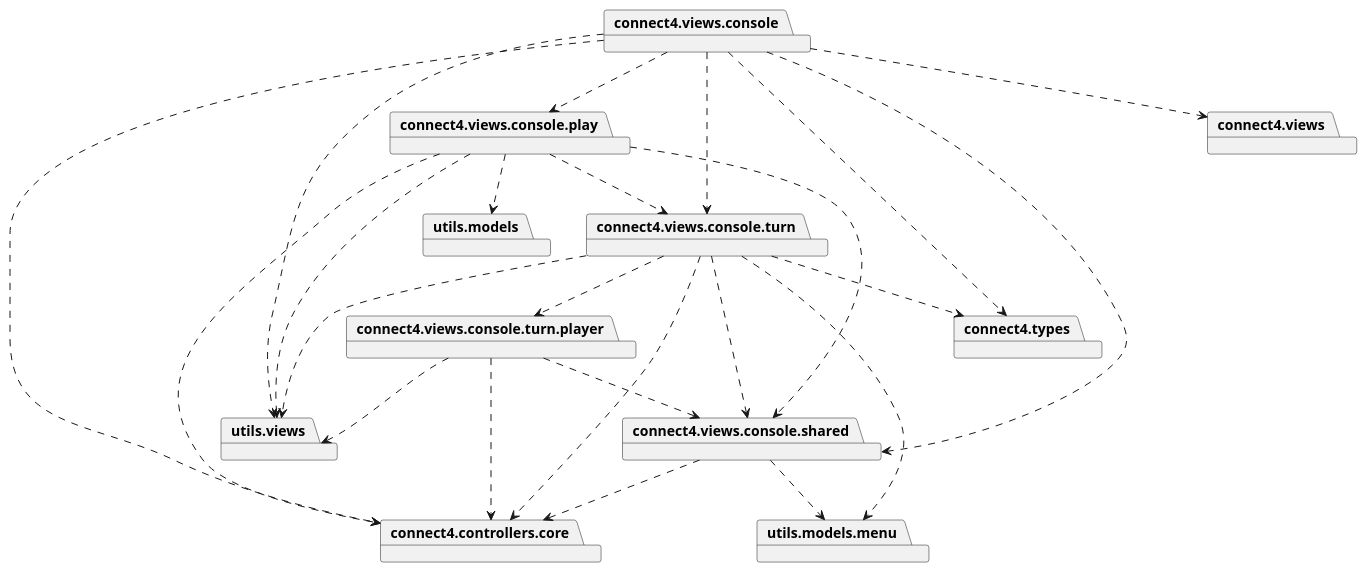
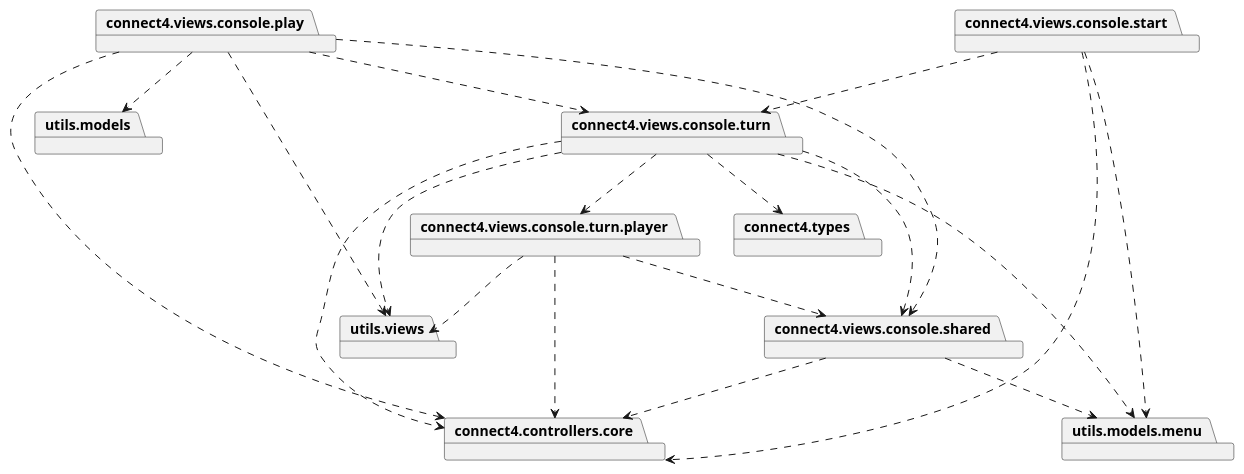
One commit to js-rom/connect4 changed the diagram in connect4/Docs/diagrams/src/packages/connect4.connect4.views.console-pkg.plantuml. Above: the diagram before and after it, drawn with PlantUML. The commit also changed 1 other file, not shown here.

Commit message:
docs: update console class and package diagrams #8

```diff
--- a/connect4/Docs/diagrams/src/packages/connect4.connect4.views.console-pkg.plantuml
+++ b/connect4/Docs/diagrams/src/packages/connect4.connect4.views.console-pkg.plantuml
@@ -1,38 +1,33 @@
 @startuml
 
-package connect4.views.console
 package connect4.views.console.play
 package connect4.views.console.shared
 package connect4.views.console.turn
 package connect4.views.console.turn.player
 package utils.views
 package utils.models.menu
 package connect4.types
 package connect4.controllers.core
 package utils.models
-package connect4.views
+package connect4.views.console.start
 
-connect4.views.console ..> connect4.controllers.core
-connect4.views.console ..> connect4.views
-connect4.views.console ..> connect4.views.console.play
-connect4.views.console ..> utils.views
-connect4.views.console ..> connect4.types
-connect4.views.console ..> connect4.views.console.shared
-connect4.views.console ..> connect4.views.console.turn
 connect4.views.console.play ..> connect4.views.console.turn
 connect4.views.console.play ..> connect4.controllers.core
 connect4.views.console.play ..> connect4.views.console.shared
 connect4.views.console.play ..> utils.models
 connect4.views.console.play ..> utils.views
 connect4.views.console.turn ..> connect4.controllers.core
 connect4.views.console.turn ..> connect4.types
 connect4.views.console.turn ..> utils.models.menu
 connect4.views.console.turn ..> connect4.views.console.shared
 connect4.views.console.turn ..> connect4.views.console.turn.player
 connect4.views.console.turn ..> utils.views
 connect4.views.console.turn.player ..> connect4.controllers.core
 connect4.views.console.turn.player ..> connect4.views.console.shared
 connect4.views.console.turn.player ..> utils.views
 connect4.views.console.shared ..> connect4.controllers.core
 connect4.views.console.shared ..> utils.models.menu
+connect4.views.console.start ..> connect4.controllers.core
+connect4.views.console.start ..> utils.models.menu
+connect4.views.console.start ..> connect4.views.console.turn
 @enduml
```
